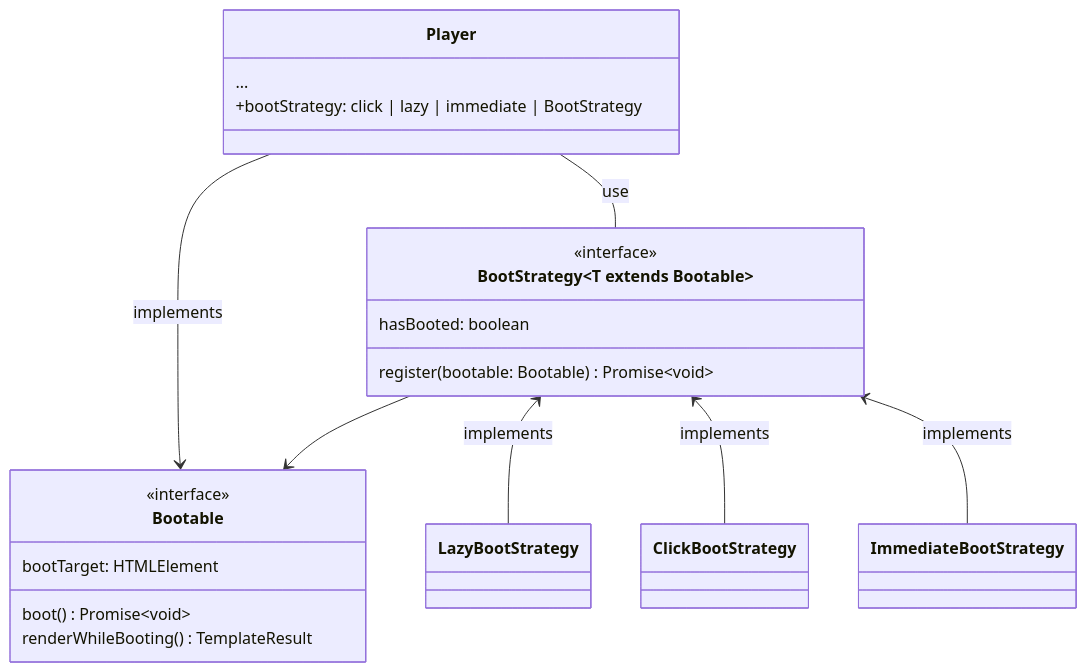
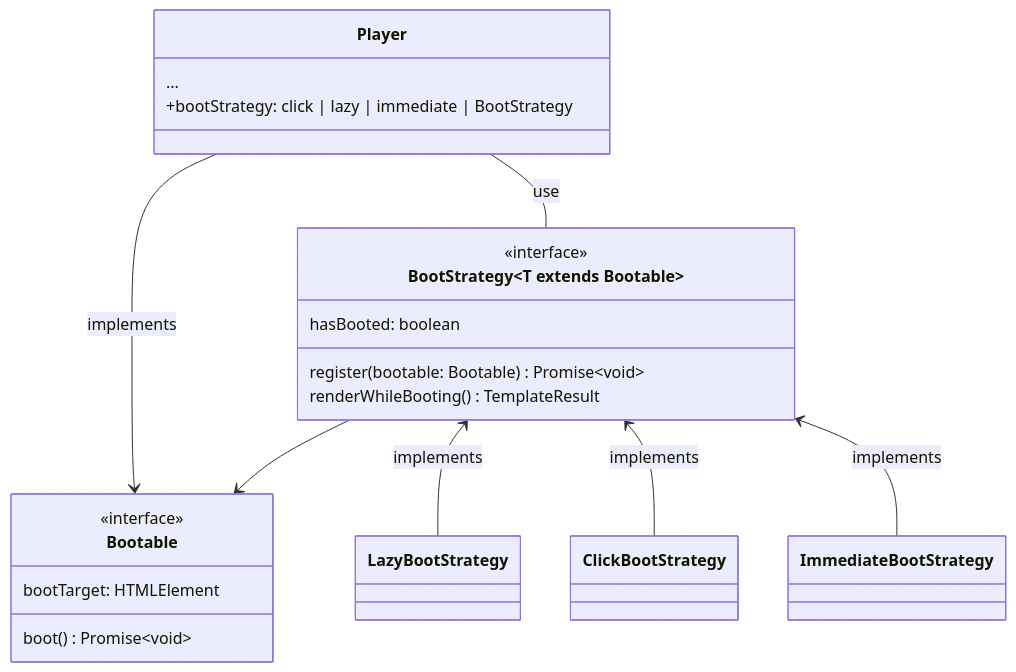
The diagram in plan/designs/boot-strategy.mmd (vime-js/vime), drawn with Mermaid before and after one commit. The commit also changed other lines of this file and 4 other files, not shown here.

Commit message:
chore: cleanup architectural designs

```diff
--- a/plan/designs/boot-strategy.mmd
+++ b/plan/designs/boot-strategy.mmd
@@ -1,32 +1,32 @@
 classDiagram
 
 class Player {
     ...
     +bootStrategy: click | lazy | immediate | BootStrategy
 }
 
 class Bootable {
     <<interface>>
     bootTarget: HTMLElement
     boot() Promise~void~
-    renderWhileBooting() TemplateResult
 }
 
 Player --> Bootable: implements
 
 class BootStrategy~T extends Bootable~ {
     <<interface>>
     hasBooted: boolean
     register(bootable: Bootable) Promise~void~
+    renderWhileBooting() TemplateResult
 }
 
 class LazyBootStrategy
 class ClickBootStrategy
 class ImmediateBootStrategy
 
 BootStrategy <-- LazyBootStrategy: implements
 BootStrategy <-- ClickBootStrategy: implements
 BootStrategy <-- ImmediateBootStrategy: implements
 BootStrategy --> Bootable
 
 Player -- BootStrategy: use
```
